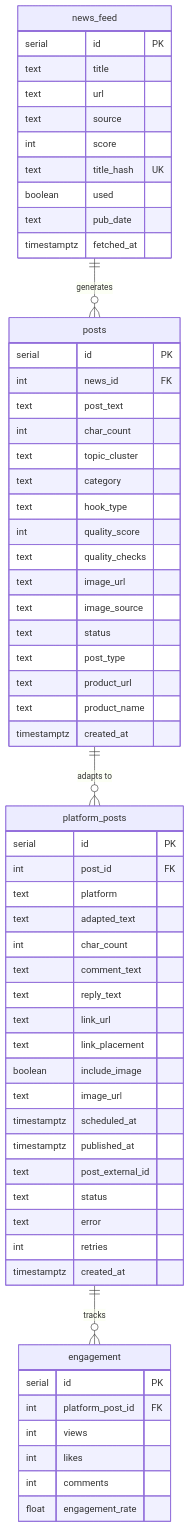
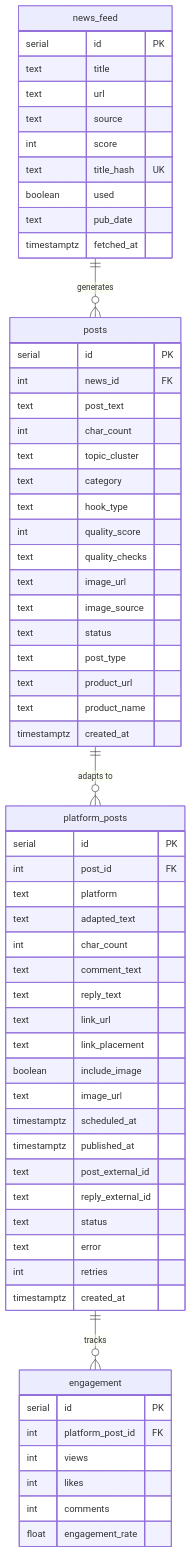
One commit to TimmyZinin/content-pipeline changed the first of 2 diagrams in docs/Database.md. Above: the diagram before and after it, drawn with Mermaid. The commit also changed 3 other files, not shown here.

````diff
--- a/docs/Database.md
+++ b/docs/Database.md
@@ -7,63 +7,64 @@
 ```mermaid
 erDiagram
     news_feed {
         serial id PK
         text title
         text url
         text source
         int score
         text title_hash UK
         boolean used
         text pub_date
         timestamptz fetched_at
     }
     posts {
         serial id PK
         int news_id FK
         text post_text
         int char_count
         text topic_cluster
         text category
         text hook_type
         int quality_score
         text quality_checks
         text image_url
         text image_source
         text status
         text post_type
         text product_url
         text product_name
         timestamptz created_at
     }
     platform_posts {
         serial id PK
         int post_id FK
         text platform
         text adapted_text
         int char_count
         text comment_text
         text reply_text
         text link_url
         text link_placement
         boolean include_image
         text image_url
         timestamptz scheduled_at
         timestamptz published_at
         text post_external_id
+        text reply_external_id
         text status
         text error
         int retries
         timestamptz created_at
     }
     engagement {
         serial id PK
         int platform_post_id FK
         int views
         int likes
         int comments
         float engagement_rate
     }
     news_feed ||--o{ posts : "generates"
     posts ||--o{ platform_posts : "adapts to"
     platform_posts ||--o{ engagement : "tracks"
 ```
````
